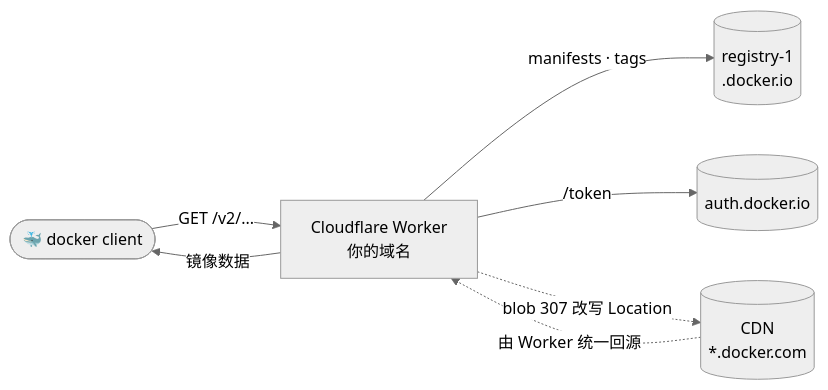
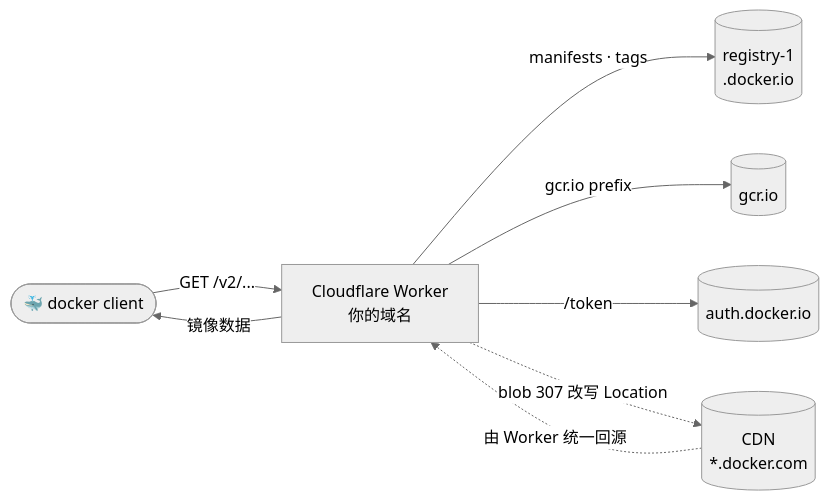
One commit to xhq422105288/DockerProxyCF changed the diagram in README.md. Above: the diagram before and after it, drawn with Mermaid (neutral theme). The commit also changed other lines of this file and 1 other file, not shown here.

Commit message:
新增 GCR 公共镜像代理支持

````diff
--- a/README.md
+++ b/README.md
@@ -88,9 +93,10 @@
 ```mermaid
 flowchart LR
     C([🐳 docker client]) -->|"GET /v2/..."| W["Cloudflare Worker<br/>你的域名"]
     W -->|manifests · tags| R[("registry-1<br/>.docker.io")]
+    W -->|gcr.io prefix| G[("gcr.io")]
     W -->|/token| A[("auth.docker.io")]
     W -.->|blob 307 改写 Location| CDN[("CDN<br/>*.docker.com")]
     CDN -.->|由 Worker 统一回源| W
     W -->|镜像数据| C
 ```
````
